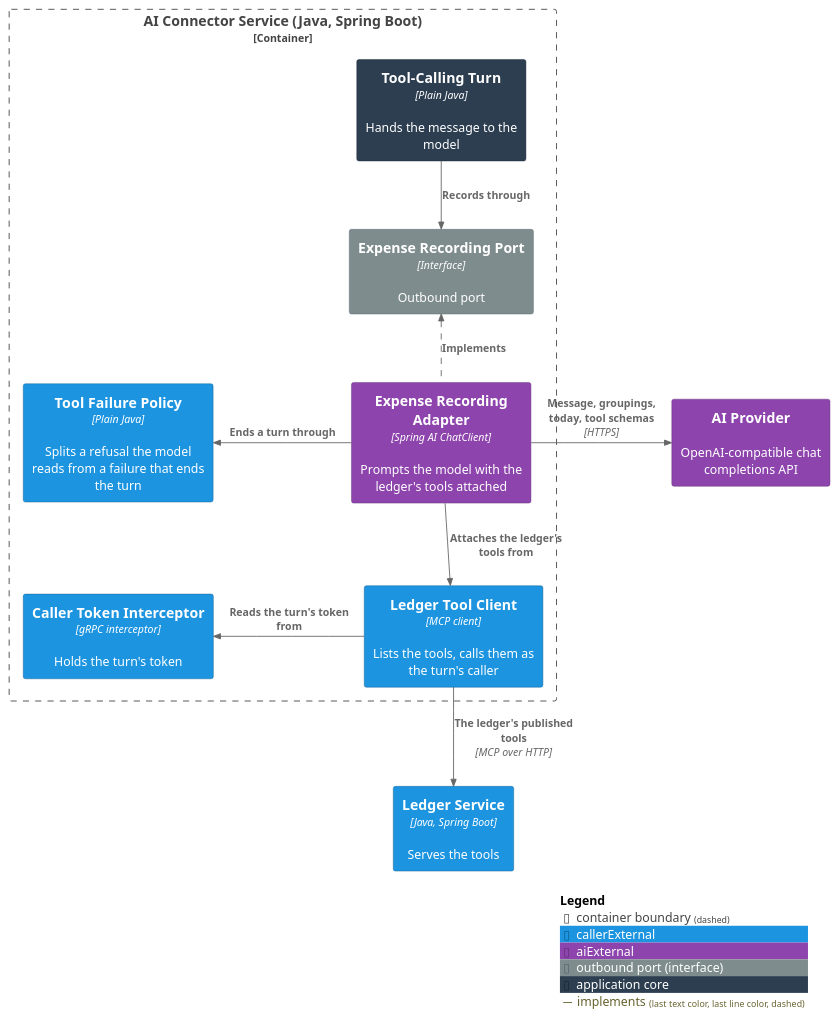
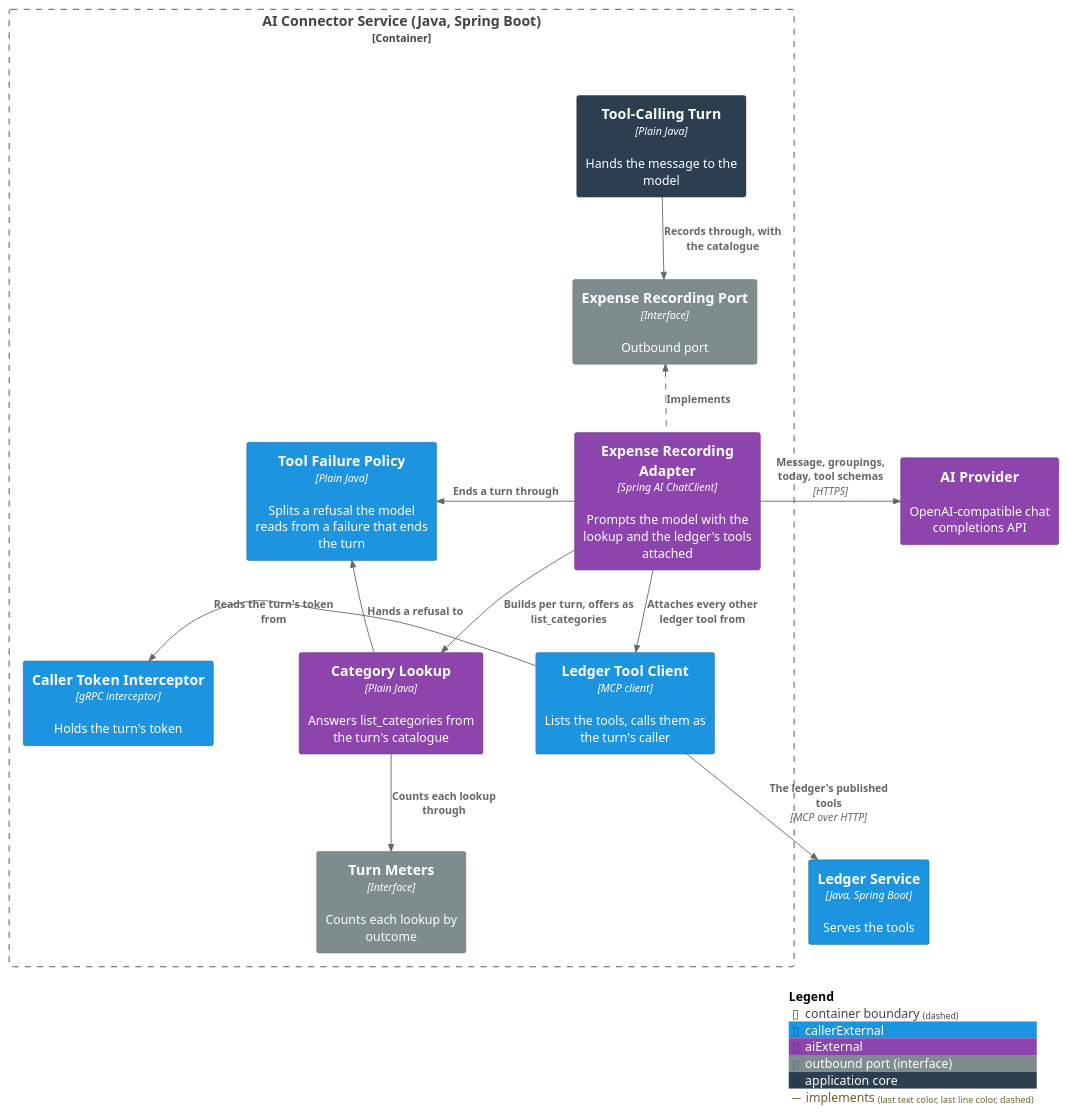
One commit to ds-usova/finance-bot changed the second of 8 diagrams in ai-connector-service/docs/usecases/extract-intents.md. Above: the diagram before and after it, drawn with PlantUML. The commit also changed other lines of this file and 8 other files, not shown here.

Commit message:
Documentation: describe the connector answering a category lookup itself

````diff
--- a/ai-connector-service/docs/usecases/extract-intents.md
+++ b/ai-connector-service/docs/usecases/extract-intents.md
@@ -153,34 +157,39 @@
 ```plantuml
 @startuml C3-Component-ExtractIntents-ToolCalling
 !include <C4/C4_Component>
 
 AddElementTag("callerExternal", $bgColor="#1c94e0", $fontColor="#ffffff", $borderColor="#125d8c")
 AddElementTag("aiExternal", $bgColor="#8e44ad", $fontColor="#ffffff", $borderColor="#5f2f74")
 AddElementTag("portOut", $bgColor="#7f8c8d", $fontColor="#ffffff", $borderColor="#566573", $legendText="outbound port (interface)")
 AddElementTag("core", $bgColor="#2c3e50", $fontColor="#ffffff", $borderColor="#1b2631", $legendText="application core")
 
 AddRelTag("implements", $lineStyle="dashed")
 
 Container(ledger, "Ledger Service", "Java, Spring Boot", "Serves the tools", $tags="callerExternal")
 System_Ext(aiProvider, "AI Provider", "OpenAI-compatible chat completions API", $tags="aiExternal")
 
 Container_Boundary(aiConnector, "AI Connector Service (Java, Spring Boot)") {
   Component(toolTurn, "Tool-Calling Turn", "Plain Java", "Hands the message to the model", $tags="core")
   Component(recordingPort, "Expense Recording Port", "Interface", "Outbound port", $tags="portOut")
-  Component(recordingAdapter, "Expense Recording Adapter", "Spring AI ChatClient", "Prompts the model with the ledger's tools attached", $tags="aiExternal")
+  Component(recordingAdapter, "Expense Recording Adapter", "Spring AI ChatClient", "Prompts the model with the lookup and the ledger's tools attached", $tags="aiExternal")
+  Component(lookup, "Category Lookup", "Plain Java", "Answers list_categories from the turn's catalogue", $tags="aiExternal")
+  Component(turnMeters, "Turn Meters", "Interface", "Counts each lookup by outcome", $tags="portOut")
   Component(toolClient, "Ledger Tool Client", "MCP client", "Lists the tools, calls them as the turn's caller", $tags="callerExternal")
   Component(failurePolicy, "Tool Failure Policy", "Plain Java", "Splits a refusal the model reads from a failure that ends the turn", $tags="callerExternal")
   Component(tokenInterceptor, "Caller Token Interceptor", "gRPC interceptor", "Holds the turn's token", $tags="callerExternal")
 }
 
-Rel_D(toolTurn, recordingPort, "Records through")
+Rel_D(toolTurn, recordingPort, "Records through, with the catalogue")
 Rel_U(recordingAdapter, recordingPort, "Implements", $tags="implements")
 Rel_R(recordingAdapter, aiProvider, "Message, groupings, today, tool schemas", "HTTPS")
-Rel_D(recordingAdapter, toolClient, "Attaches the ledger's tools from")
+Rel_D(recordingAdapter, lookup, "Builds per turn, offers as list_categories")
+Rel_D(lookup, turnMeters, "Counts each lookup through")
+Rel_L(lookup, failurePolicy, "Hands a refusal to")
+Rel_D(recordingAdapter, toolClient, "Attaches every other ledger tool from")
 Rel_L(recordingAdapter, failurePolicy, "Ends a turn through")
 Rel_L(toolClient, tokenInterceptor, "Reads the turn's token from")
 Rel_D(toolClient, ledger, "The ledger's published tools", "MCP over HTTP")
 
 SHOW_LEGEND()
 @enduml
 ```
````
